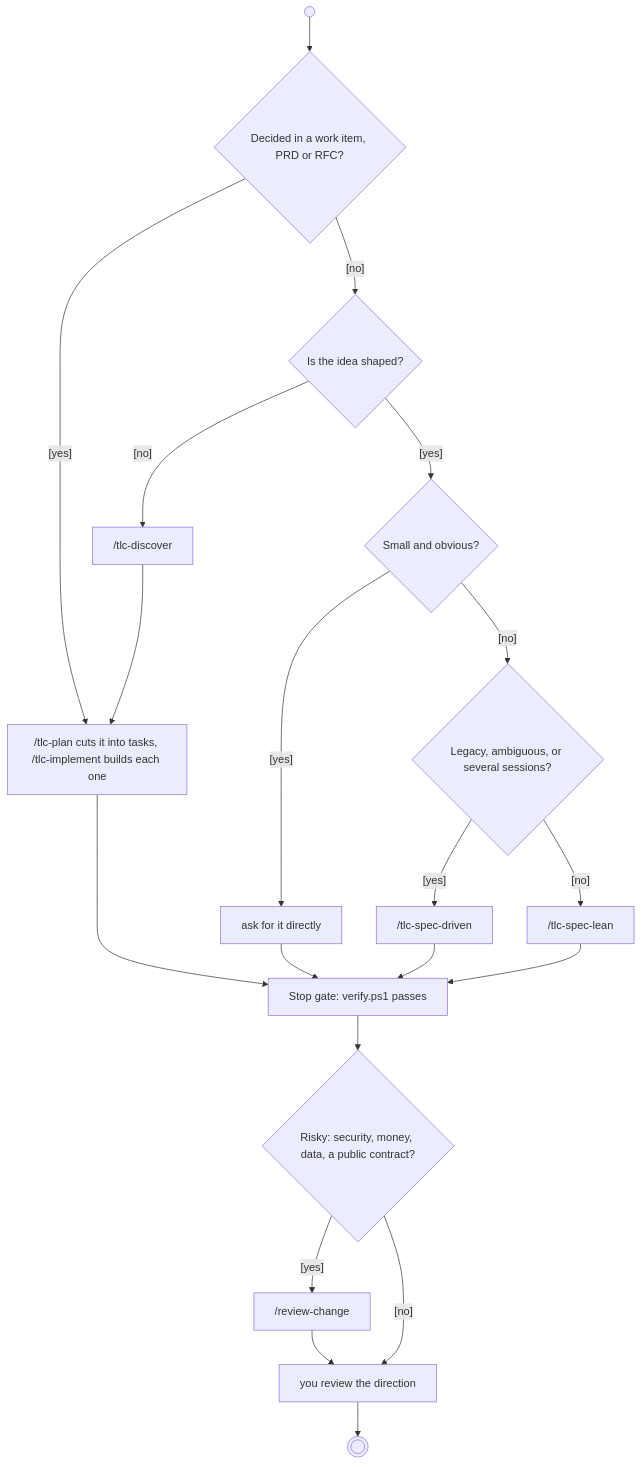
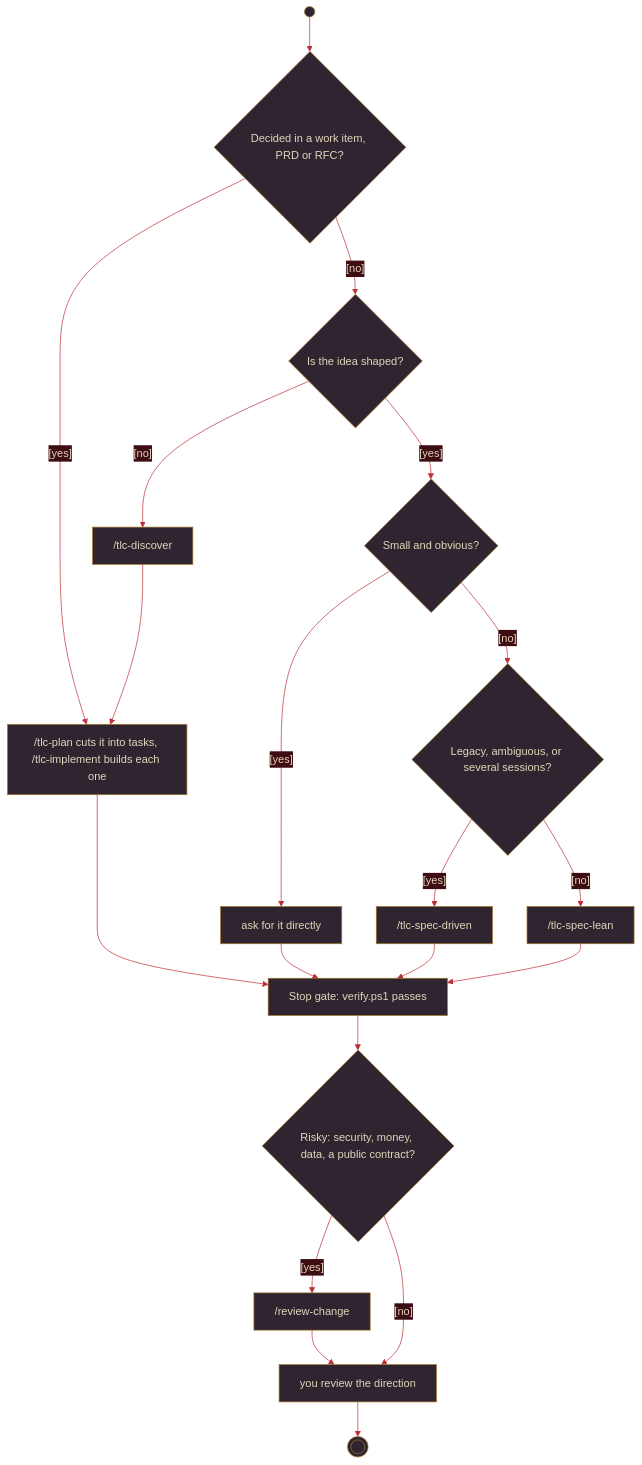
One commit to AlfredoNeeto/tazuna changed the second of 4 diagrams in README.md. Above: the diagram before and after it, drawn with Mermaid. The commit also changed other lines of this file and 16 other files, not shown here.

````diff
--- a/README.md
+++ b/README.md
@@ -126,19 +118,20 @@
 ```mermaid
+%%{init: {'theme': 'base', 'themeVariables': {'primaryColor': '#2f2530', 'primaryTextColor': '#e2d6bb', 'primaryBorderColor': '#a5752a', 'lineColor': '#bd2e37', 'secondaryColor': '#7f1721', 'tertiaryColor': '#3a2215', 'edgeLabelBackground': '#3e0c13', 'fontFamily': 'Georgia, serif'}}}%%
 flowchart TD
     start(( )) --> decided{"Decided in a work item, PRD or RFC?"}
     decided -->|"[yes]"| plan["/tlc-plan cuts it into tasks, /tlc-implement builds each one"]
     decided -->|"[no]"| shaped{"Is the idea shaped?"}
     shaped -->|"[no]"| discover["/tlc-discover"]
     discover --> plan
     shaped -->|"[yes]"| small{"Small and obvious?"}
     small -->|"[yes]"| direct["ask for it directly"]
     small -->|"[no]"| legacy{"Legacy, ambiguous, or several sessions?"}
     legacy -->|"[yes]"| driven["/tlc-spec-driven"]
     legacy -->|"[no]"| lean["/tlc-spec-lean"]
     direct & plan & driven & lean --> gate["Stop gate: verify.ps1 passes"]
     gate --> risky{"Risky: security, money, data, a public contract?"}
     risky -->|"[yes]"| review["/review-change"]
     risky -->|"[no]"| human["you review the direction"]
     review --> human
     human --> finish((( )))
 ```
````
